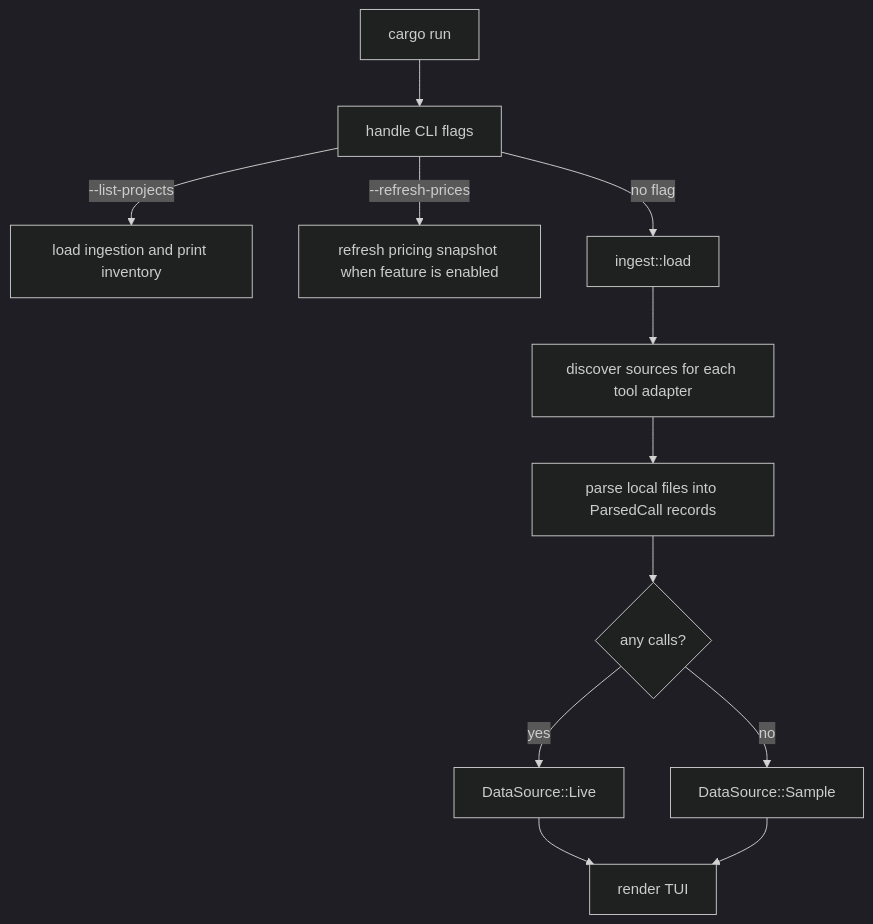
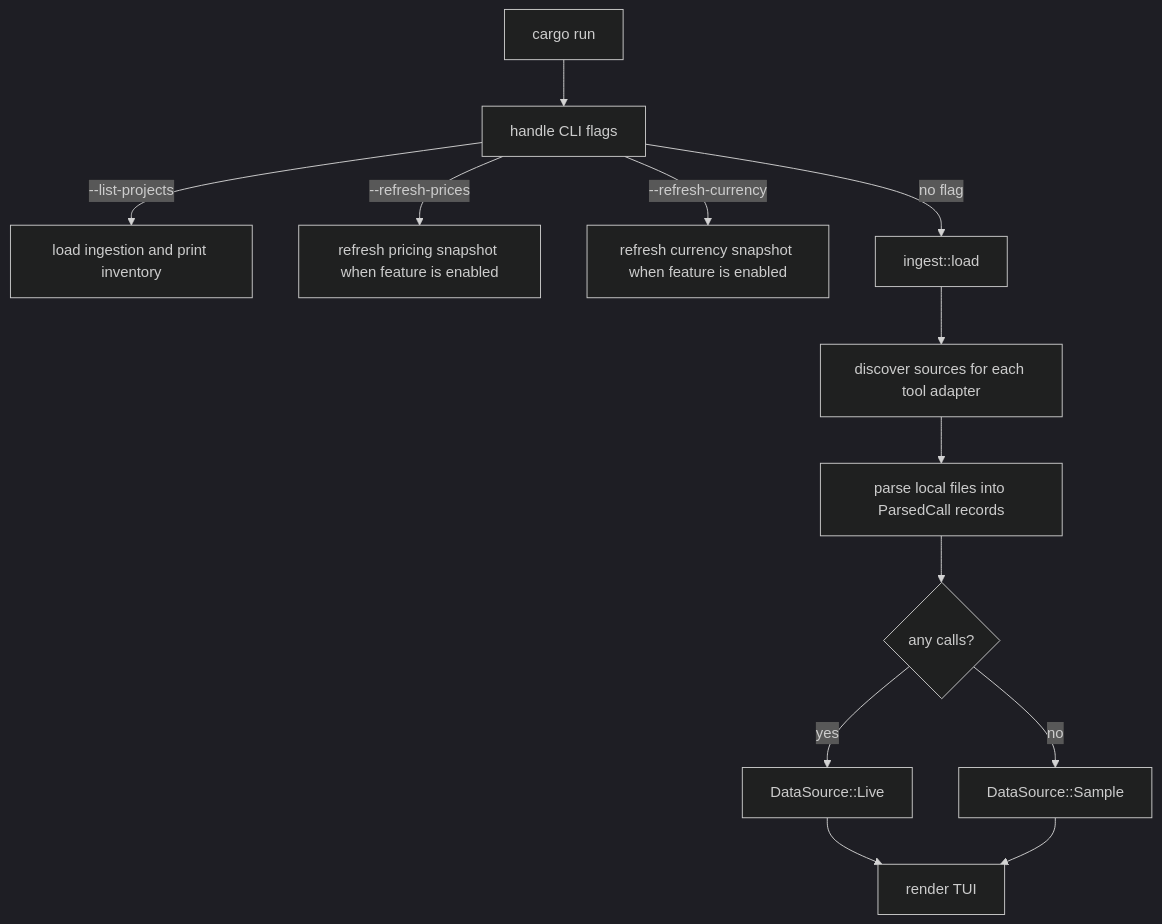
Before and after one commit to russmckendrick/tokenuse: the first of 3 diagrams in docs/architecture.md, drawn with Mermaid (dark theme). The commit also changed other lines of this file and 9 other files, not shown here.

First line of the commit message:
✨ feat(currency): add checked-in rate refresh workflow

````diff
--- a/docs/architecture.md
+++ b/docs/architecture.md
@@ -7,14 +7,15 @@
 ```mermaid
 flowchart TD
     A[cargo run] --> B[handle CLI flags]
     B -->|--list-projects| C[load ingestion and print inventory]
     B -->|--refresh-prices| D[refresh pricing snapshot when feature is enabled]
+    B -->|--refresh-currency| L[refresh currency snapshot when feature is enabled]
     B -->|no flag| E[ingest::load]
     E --> F[discover sources for each tool adapter]
     F --> G[parse local files into ParsedCall records]
     G --> H{any calls?}
     H -->|yes| I[DataSource::Live]
     H -->|no| J[DataSource::Sample]
     I --> K[render TUI]
     J --> K
 ```
````
